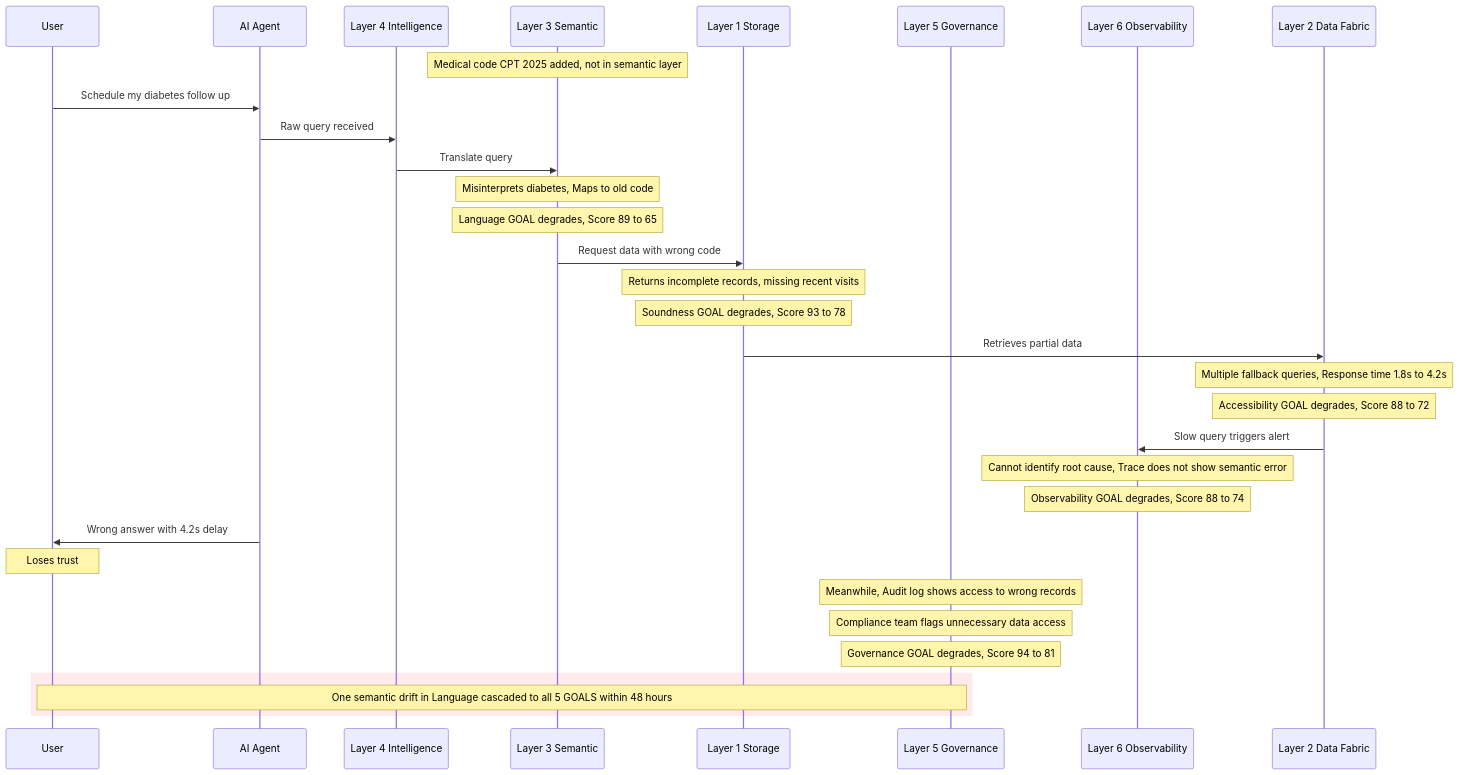
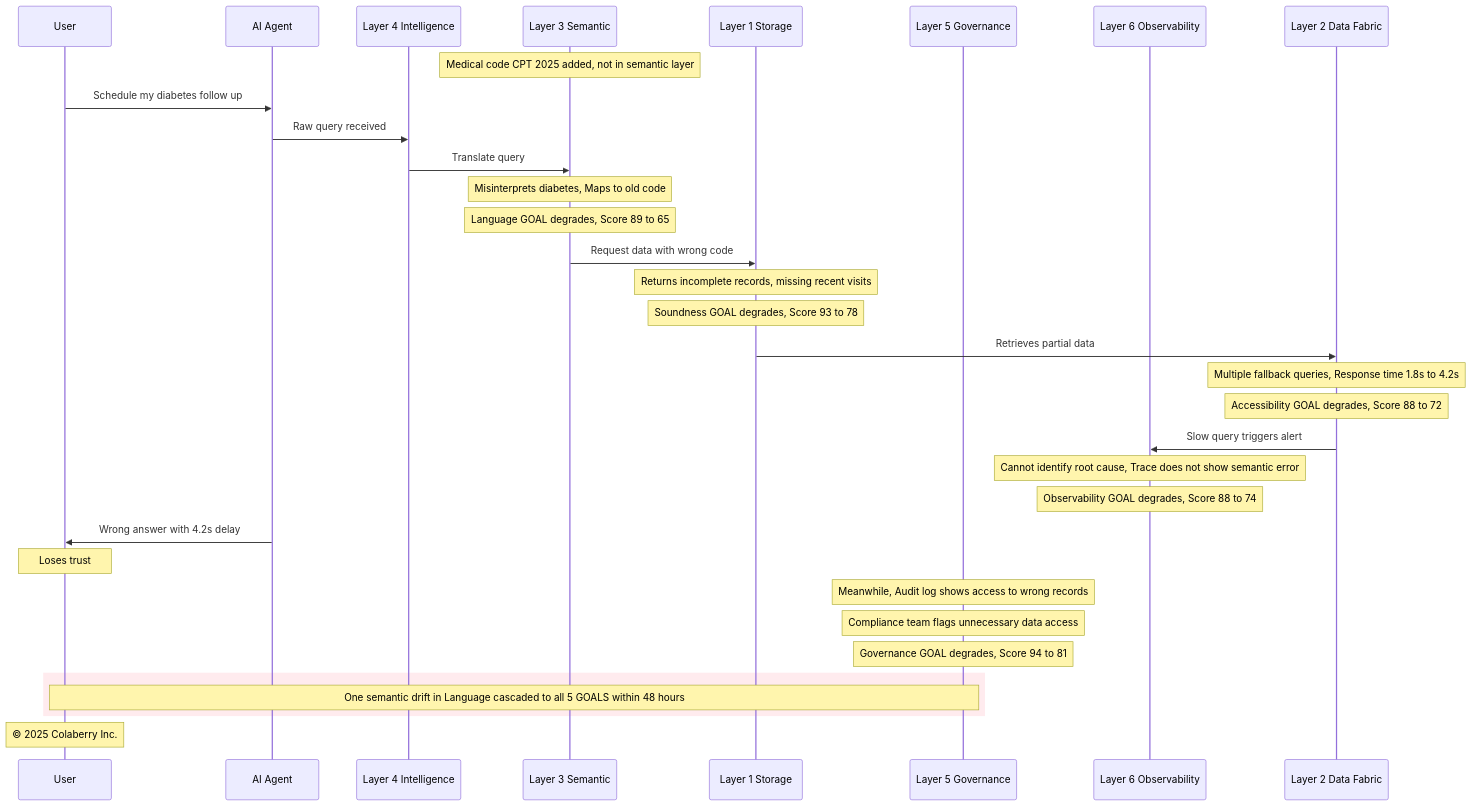
The tenth of 11 diagrams in chapter-02/chapter_2_complete.md (colaberry/enterprise-data-readiness-ai-agents), drawn with Mermaid before and after one commit. The commit also changed other lines of this file, not shown here.

````diff
--- a/chapter-02/chapter_2_complete.md
+++ b/chapter-02/chapter_2_complete.md
@@ -1545,42 +1571,44 @@
 ```mermaid
 sequenceDiagram
     participant U as User
     participant Agent as AI Agent
     participant L4 as Layer 4 Intelligence
     participant L3 as Layer 3 Semantic
     participant L1 as Layer 1 Storage
     participant L5 as Layer 5 Governance
     participant L6 as Layer 6 Observability
     participant L2 as Layer 2 Data Fabric
     
     Note over L3: Medical code CPT 2025 added, not in semantic layer
     
     U->>Agent: Schedule my diabetes follow up
     Agent->>L4: Raw query received
     L4->>L3: Translate query
     Note over L3: Misinterprets diabetes, Maps to old code
     Note over L3: Language GOAL degrades, Score 89 to 65
     
     L3->>L1: Request data with wrong code
     Note over L1: Returns incomplete records, missing recent visits
     Note over L1: Soundness GOAL degrades, Score 93 to 78
     
     L1->>L2: Retrieves partial data
     Note over L2: Multiple fallback queries, Response time 1.8s to 4.2s
     Note over L2: Accessibility GOAL degrades, Score 88 to 72
     
     L2->>L6: Slow query triggers alert
     Note over L6: Cannot identify root cause, Trace does not show semantic error
     Note over L6: Observability GOAL degrades, Score 88 to 74
     
     Agent->>U: Wrong answer with 4.2s delay
     Note over U: Loses trust
     
     Note over L5: Meanwhile, Audit log shows access to wrong records
     Note over L5: Compliance team flags unnecessary data access
     Note over L5: Governance GOAL degrades, Score 94 to 81
     
     rect rgb(255, 235, 238)
         Note over U,L5: One semantic drift in Language cascaded to all 5 GOALS within 48 hours
     end
+    
+    Note over U: © 2025 Colaberry Inc.
 ```
````
